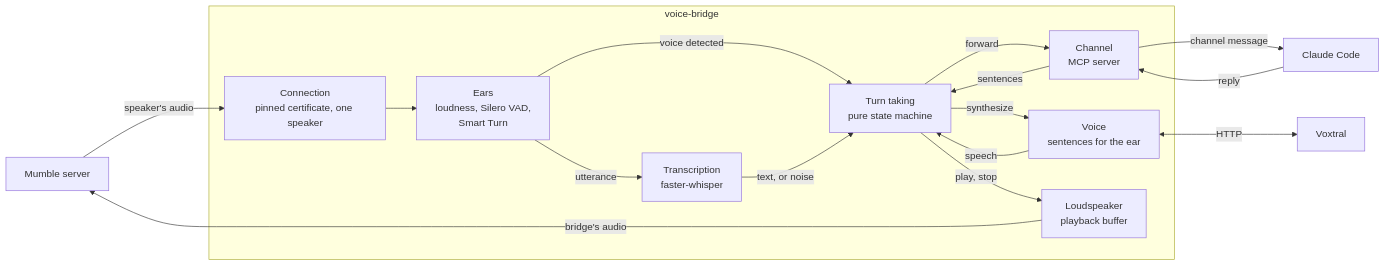
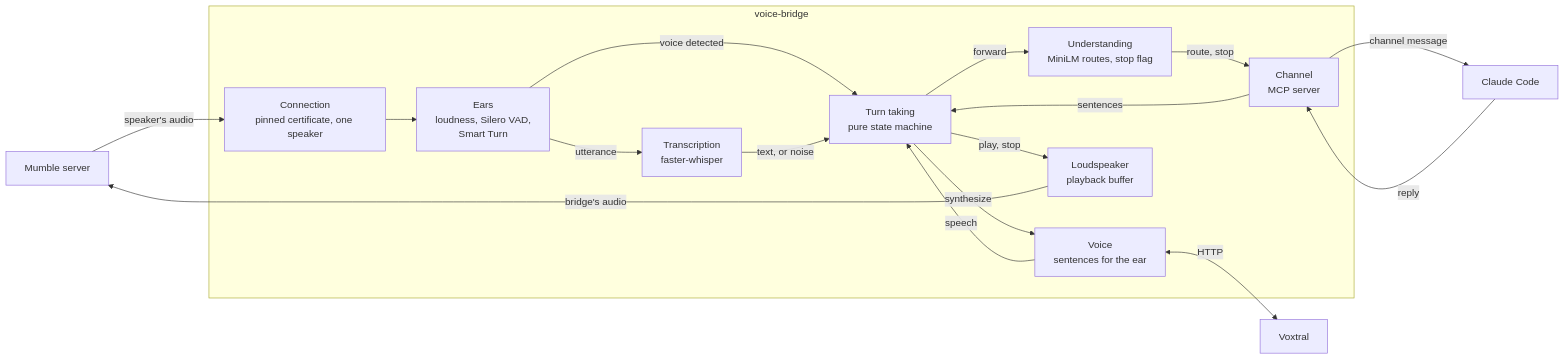
The third of 3 diagrams in README.md (marc-gavanier/voice-bridge), drawn with Mermaid before and after one commit. The commit also changed other lines of this file and 28 other files, not shown here.

````diff
--- a/README.md
+++ b/README.md
@@ -192,25 +201,26 @@
 ```mermaid
 flowchart LR
     mumble["Mumble server"]
     subgraph bridge["voice-bridge"]
         connection["Connection<br/>pinned certificate, one speaker"]
         ears["Ears<br/>loudness, Silero VAD,<br/>Smart Turn"]
         whisper["Transcription<br/>faster-whisper"]
         turns["Turn taking<br/>pure state machine"]
+        understanding["Understanding<br/>MiniLM routes, stop flag"]
         channel["Channel<br/>MCP server"]
         mouth["Voice<br/>sentences for the ear"]
         loudspeaker["Loudspeaker<br/>playback buffer"]
     end
     claude["Claude Code"]
     voxtral["Voxtral"]
 
     mumble -->|"speaker's audio"| connection --> ears
     ears -->|"utterance"| whisper
     ears -->|"voice detected"| turns
     whisper -->|"text, or noise"| turns
-    turns -->|"forward"| channel -->|"channel message"| claude
+    turns -->|"forward"| understanding -->|"route, stop"| channel -->|"channel message"| claude
     claude -->|"reply"| channel -->|"sentences"| turns
     turns -->|"synthesize"| mouth <-->|"HTTP"| voxtral
     mouth -->|"speech"| turns
     turns -->|"play, stop"| loudspeaker -->|"bridge's audio"| mumble
 ```
````
